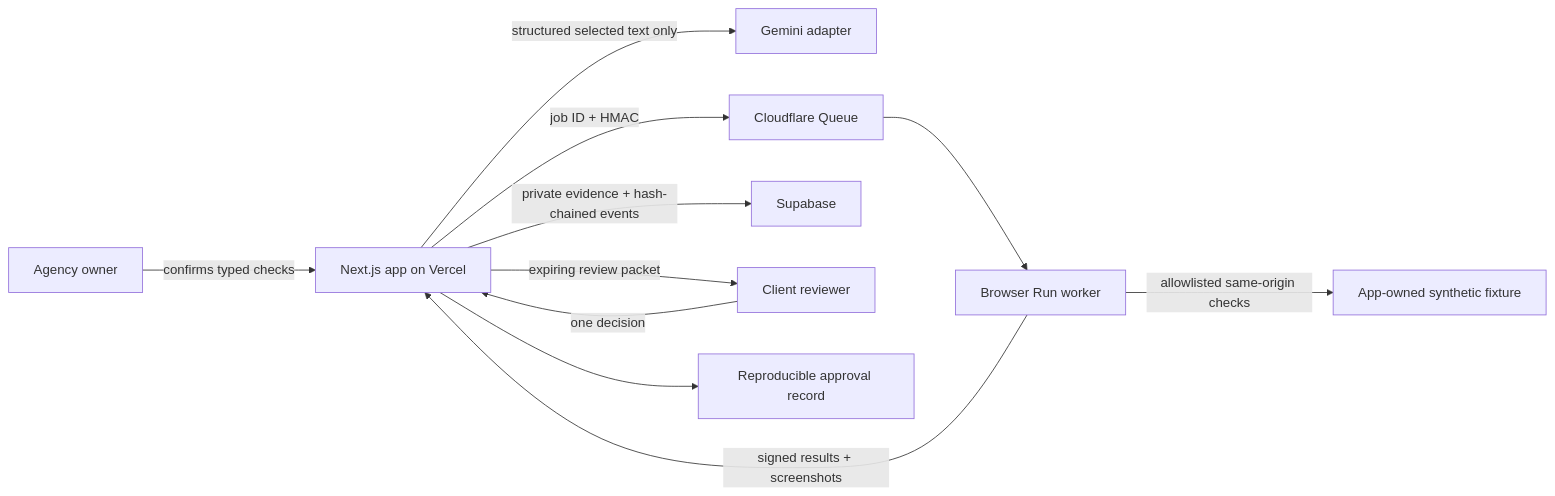
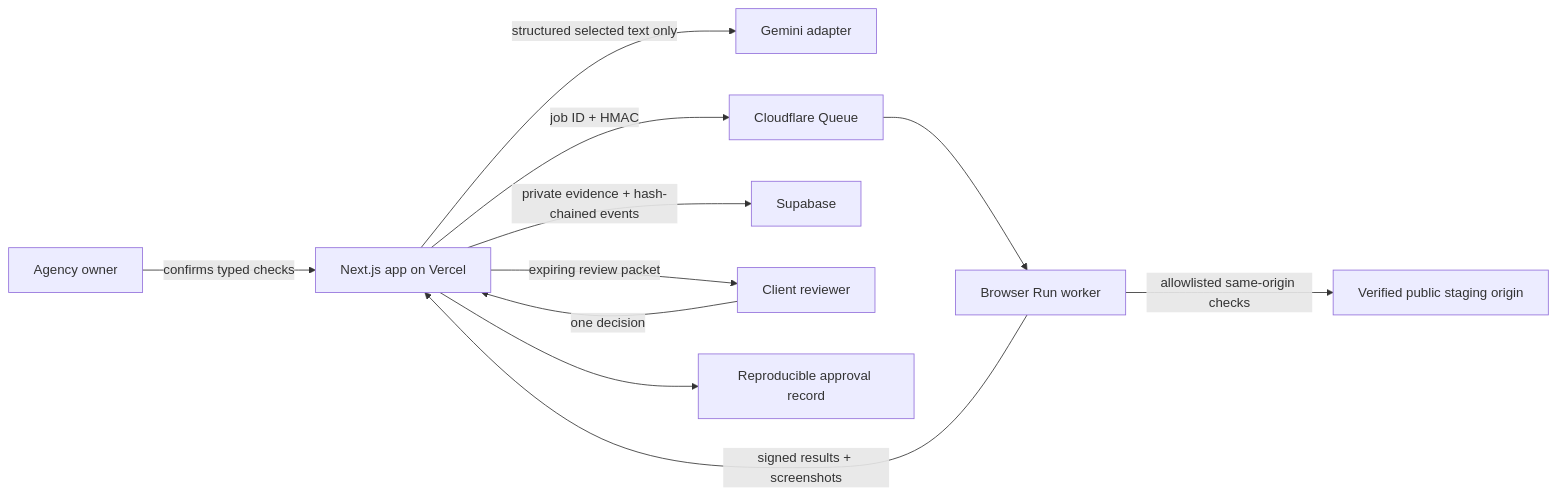
Before and after one commit to anayagarwalla-ai/greenlit: the diagram in docs/ARCHITECTURE.md, drawn with Mermaid. The commit also changed other lines of this file and 70 other files, not shown here.

````diff
--- a/docs/ARCHITECTURE.md
+++ b/docs/ARCHITECTURE.md
@@ -3,13 +3,13 @@
 ```mermaid
 flowchart LR
   O[Agency owner] -->|confirms typed checks| W[Next.js app on Vercel]
   W -->|structured selected text only| G[Gemini adapter]
   W -->|job ID + HMAC| Q[Cloudflare Queue]
   Q --> R[Browser Run worker]
-  R -->|allowlisted same-origin checks| S[App-owned synthetic fixture]
+  R -->|allowlisted same-origin checks| S[Verified public staging origin]
   R -->|signed results + screenshots| W
   W -->|private evidence + hash-chained events| B[Supabase]
   W -->|expiring review packet| C[Client reviewer]
   C -->|one decision| W
   W --> P[Reproducible approval record]
 ```
````
